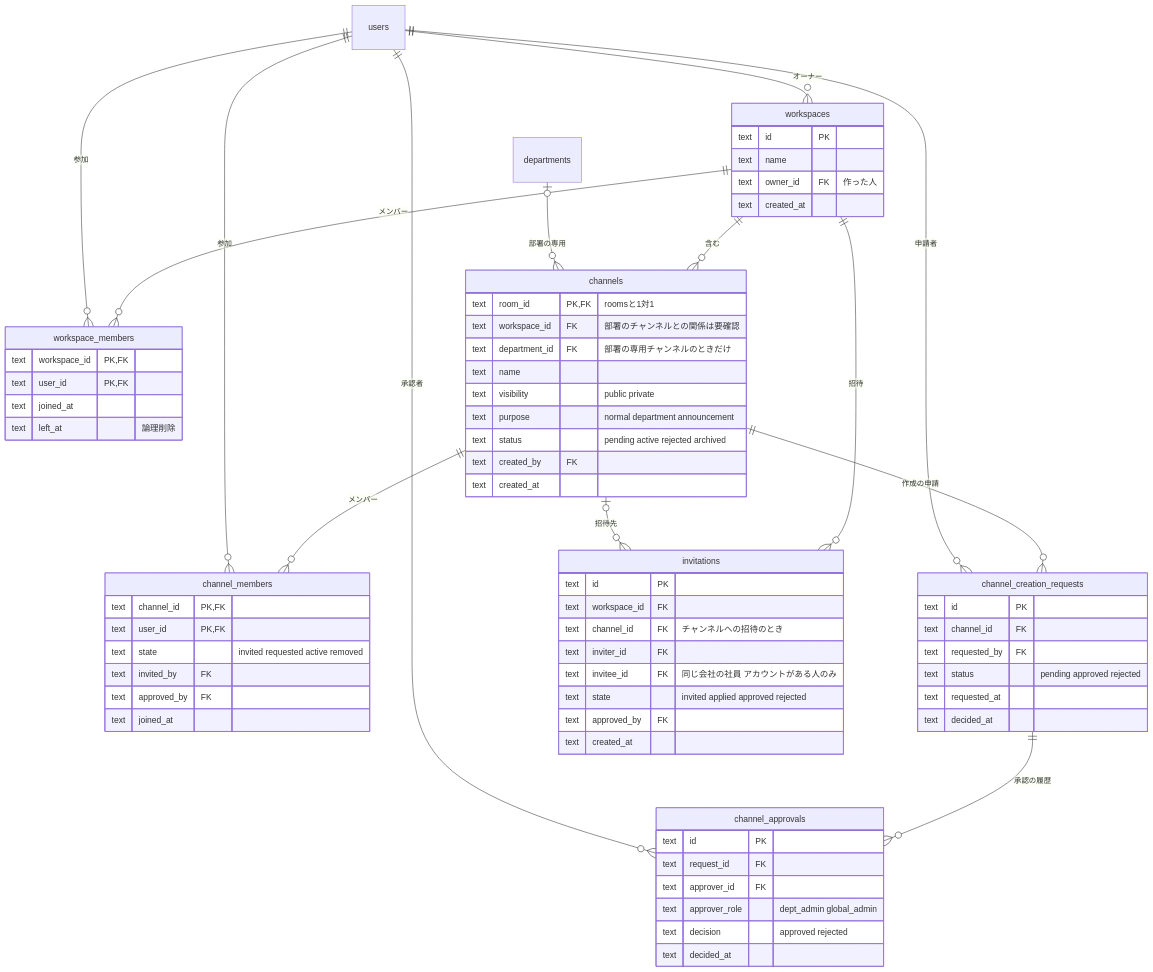
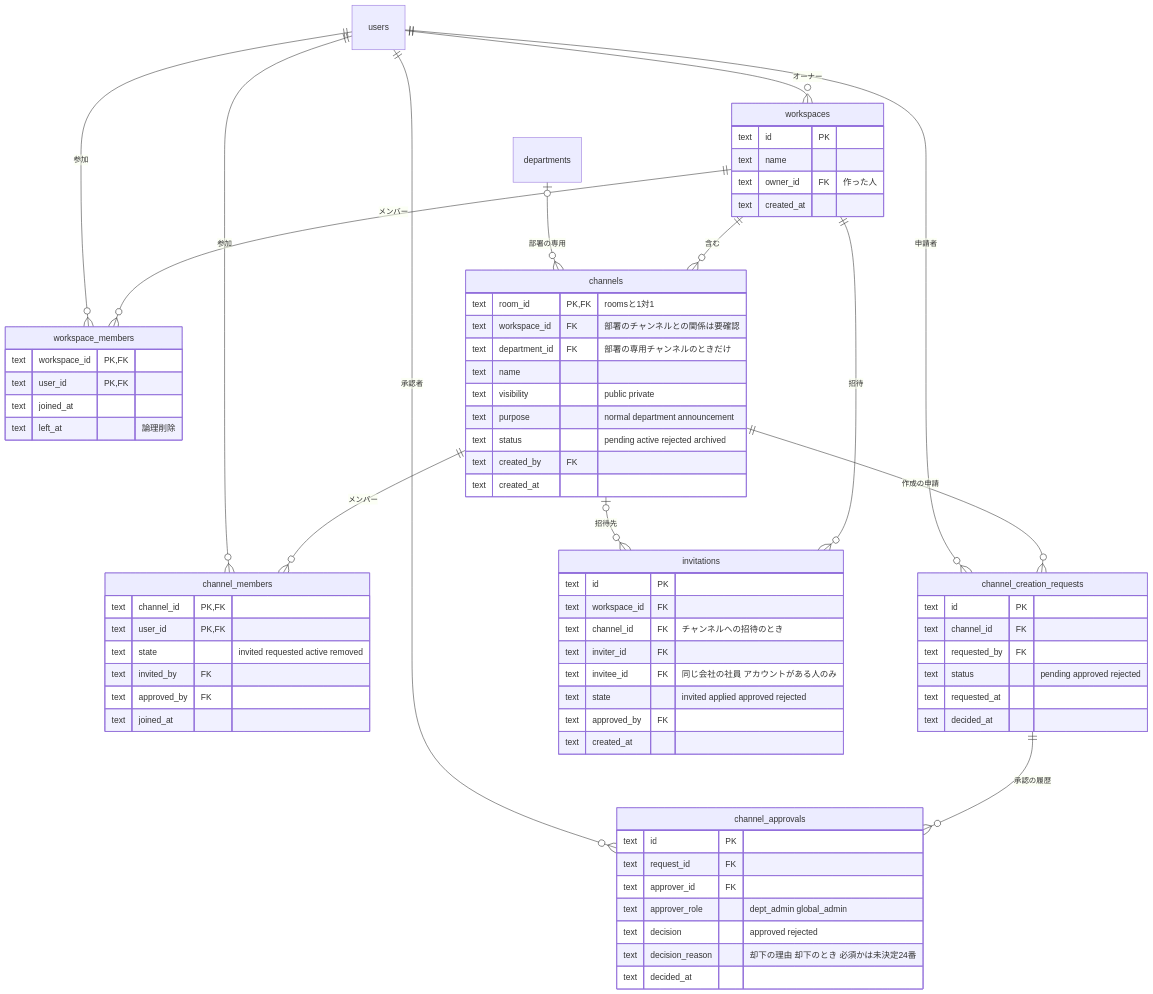
The third of 4 diagrams in docs/requirements/data-model.md (yamamotonaoki3/internal-system), drawn with Mermaid before and after one commit. The commit also changed other lines of this file and 7 other files, not shown here.

````diff
--- a/docs/requirements/data-model.md
+++ b/docs/requirements/data-model.md
@@ -135,74 +139,75 @@
 ```mermaid
 erDiagram
     users ||--o{ workspaces : "オーナー"
     workspaces ||--o{ workspace_members : "メンバー"
     users ||--o{ workspace_members : "参加"
     workspaces ||--o{ channels : "含む"
     departments |o--o{ channels : "部署の専用"
     channels ||--o{ channel_members : "メンバー"
     users ||--o{ channel_members : "参加"
     channels ||--o{ channel_creation_requests : "作成の申請"
     channel_creation_requests ||--o{ channel_approvals : "承認の履歴"
     users ||--o{ channel_creation_requests : "申請者"
     users ||--o{ channel_approvals : "承認者"
     workspaces ||--o{ invitations : "招待"
     channels |o--o{ invitations : "招待先"
 
     workspaces {
         text id PK
         text name
         text owner_id FK "作った人"
         text created_at
     }
     workspace_members {
         text workspace_id PK, FK
         text user_id PK, FK
         text joined_at
         text left_at "論理削除"
     }
     channels {
         text room_id PK, FK "roomsと1対1"
         text workspace_id FK "部署のチャンネルとの関係は要確認"
         text department_id FK "部署の専用チャンネルのときだけ"
         text name
         text visibility "public private"
         text purpose "normal department announcement"
         text status "pending active rejected archived"
         text created_by FK
         text created_at
     }
     channel_members {
         text channel_id PK, FK
         text user_id PK, FK
         text state "invited requested active removed"
         text invited_by FK
         text approved_by FK
         text joined_at
     }
     channel_creation_requests {
         text id PK
         text channel_id FK
         text requested_by FK
         text status "pending approved rejected"
         text requested_at
         text decided_at
     }
     channel_approvals {
         text id PK
         text request_id FK
         text approver_id FK
         text approver_role "dept_admin global_admin"
         text decision "approved rejected"
+        text decision_reason "却下の理由 却下のとき 必須かは未決定24番"
         text decided_at
     }
     invitations {
         text id PK
         text workspace_id FK
         text channel_id FK "チャンネルへの招待のとき"
         text inviter_id FK
         text invitee_id FK "同じ会社の社員 アカウントがある人のみ"
         text state "invited applied approved rejected"
         text approved_by FK
         text created_at
     }
 ```
````
